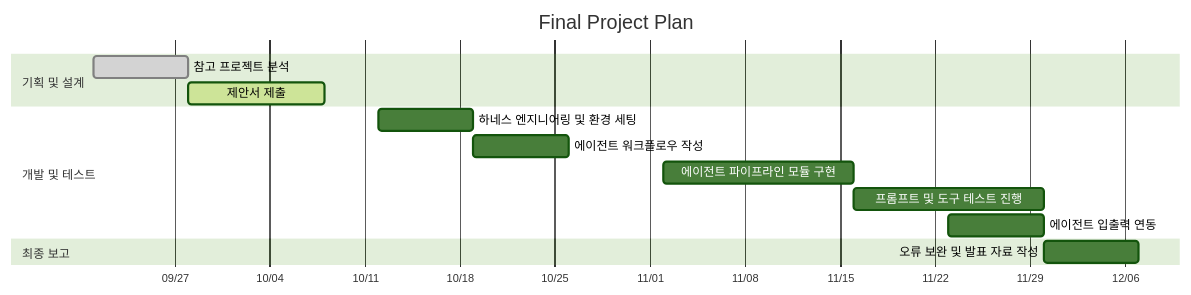
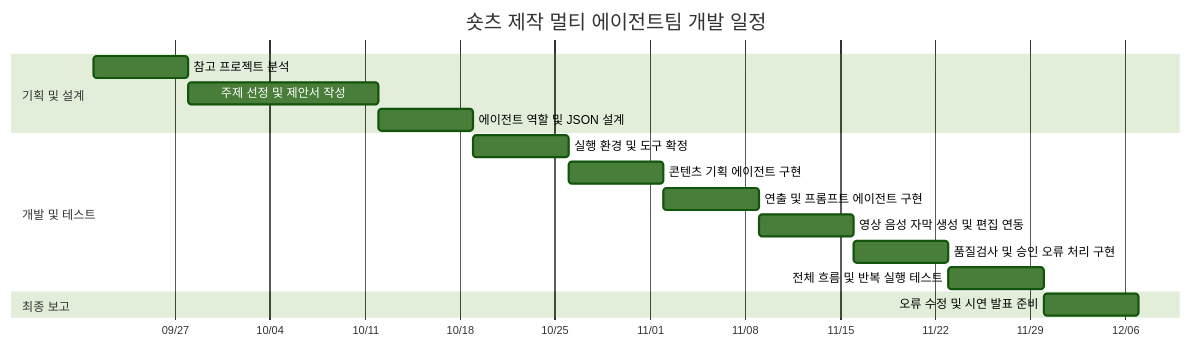
Before and after one commit to praksb2428-maker/Multi-Agent-Based-Video-Generation-Project: the diagram in Video_Production_Project.md, drawn with Mermaid (forest theme). The commit also changed other lines of this file, not shown here.

````diff
--- a/Video_Production_Project.md
+++ b/Video_Production_Project.md
@@ -63,20 +64,22 @@
 ```mermaid
 gantt
-    title Final Project Plan
+    title 숏츠 제작 멀티 에이전트팀 개발 일정
     dateFormat  YYYY-MM-DD
     axisFormat  %m/%d
 
 section 기획 및 설계
-    참고 프로젝트 분석 : done, 2026-09-21, 7d
-    제안서 제출 :active, 2026-09-28, 10d
+    참고 프로젝트 분석 : reference, 2026-09-21, 7d
+    주제 선정 및 제안서 작성 : proposal, 2026-09-28, 14d
+    에이전트 역할 및 JSON 설계 : role_design, 2026-10-12, 7d
 
 section 개발 및 테스트
-         하네스 엔지니어링 및 환경 세팅 : t1, 2026-10-12, 7d
-     	 에이전트 워크플로우 작성 : t1, 2026-10-19, 7d
-    에이전트 파이프라인 모듈 구현 : t2, 2026-11-02, 14d
-    프롬프트 및 도구 테스트 진행 : t3, 2026-11-16, 14d
-    에이전트 입출력 연동 : t3, 2026-11-23, 7d
+    실행 환경 및 도구 확정 : runtime_setup, 2026-10-19, 7d
+    콘텐츠 기획 에이전트 구현 : content_agent, 2026-10-26, 7d
+    연출 및 프롬프트 에이전트 구현 : direction_prompt, 2026-11-02, 7d
+    영상 음성 자막 생성 및 편집 연동 : production_tools, 2026-11-09, 7d
+    품질검사 및 승인 오류 처리 구현 : quality_control, 2026-11-16, 7d
+    전체 흐름 및 반복 실행 테스트 : integration_test, 2026-11-23, 7d
 
 section 최종 보고
-    오류 보완 및 발표 자료 작성 : t4, 2026-11-30, 7d
+    오류 수정 및 시연 발표 준비 : final_delivery, 2026-11-30, 7d
 ```
````
